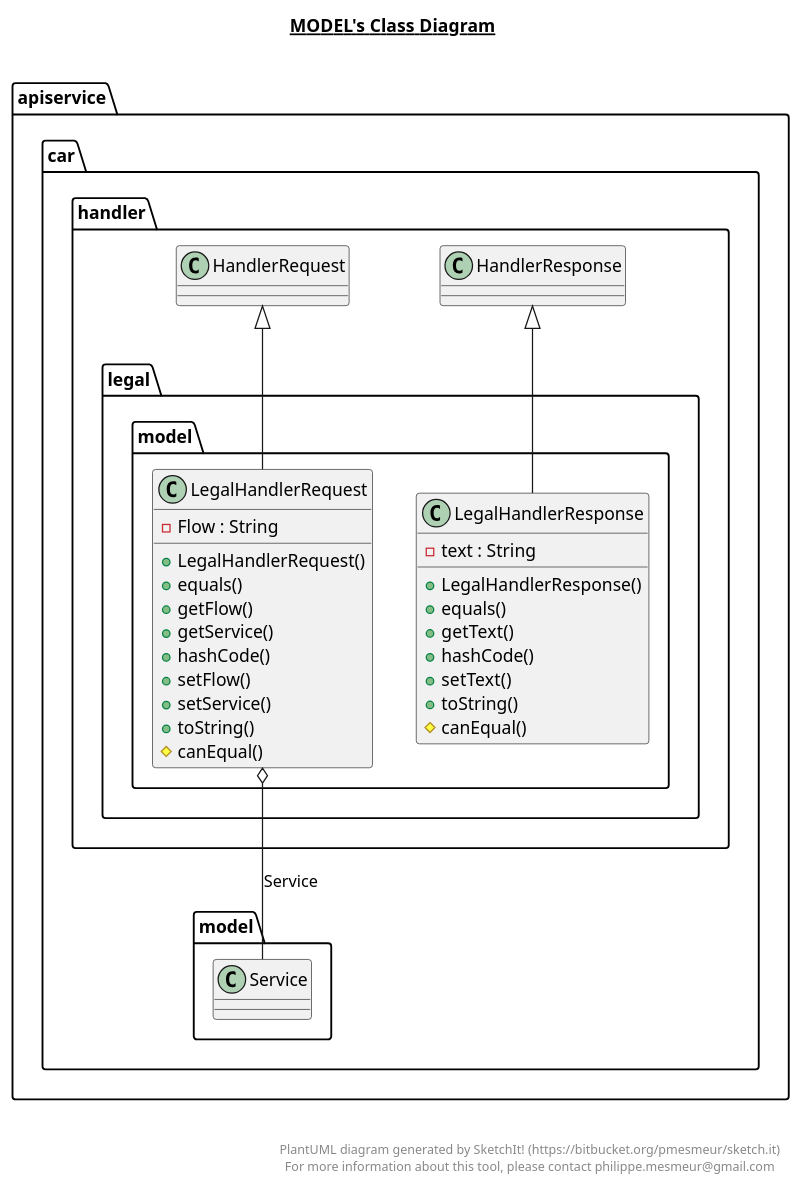
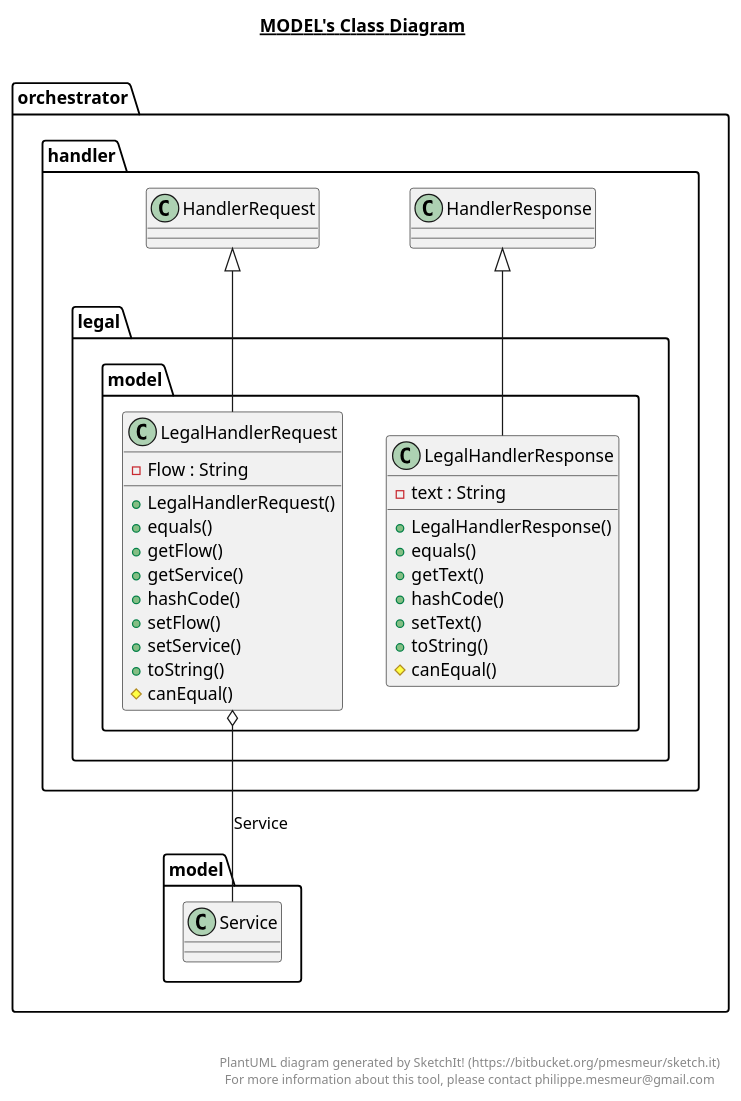
One commit to marcllort/Car_Rental_Monorepo changed the diagram in orchestrator/src/main/java/orchestrator/handler/legal/model/model.plantuml. Above: the diagram before and after it, drawn with PlantUML. The commit also changed 21 other files, not shown here.

Commit message:
Added diagrams

```diff
--- a/orchestrator/src/main/java/orchestrator/handler/legal/model/model.plantuml
+++ b/orchestrator/src/main/java/orchestrator/handler/legal/model/model.plantuml
@@ -1,59 +1,59 @@
 @startuml
 
 title __MODEL's Class Diagram__\n
 
-  namespace apiservice.car {
+  namespace orchestrator {
     namespace handler {
       namespace legal {
         namespace model {
-          class apiservice.car.handler.legal.model.LegalHandlerRequest {
+          class orchestrator.handler.legal.model.LegalHandlerRequest {
               - Flow : String
               + LegalHandlerRequest()
               + equals()
               + getFlow()
               + getService()
               + hashCode()
               + setFlow()
               + setService()
               + toString()
               # canEqual()
           }
         }
       }
     }
   }
   
 
-  namespace apiservice.car {
+  namespace orchestrator {
     namespace handler {
       namespace legal {
         namespace model {
-          class apiservice.car.handler.legal.model.LegalHandlerResponse {
+          class orchestrator.handler.legal.model.LegalHandlerResponse {
               - text : String
               + LegalHandlerResponse()
               + equals()
               + getText()
               + hashCode()
               + setText()
               + toString()
               # canEqual()
           }
         }
       }
     }
   }
   
 
-  apiservice.car.handler.legal.model.LegalHandlerRequest -up-|> apiservice.car.handler.HandlerRequest
-  apiservice.car.handler.legal.model.LegalHandlerRequest o-- apiservice.car.model.Service : Service
-  apiservice.car.handler.legal.model.LegalHandlerResponse -up-|> apiservice.car.handler.HandlerResponse
+  orchestrator.handler.legal.model.LegalHandlerRequest -up-|> orchestrator.handler.HandlerRequest
+  orchestrator.handler.legal.model.LegalHandlerRequest o-- orchestrator.model.Service : Service
+  orchestrator.handler.legal.model.LegalHandlerResponse -up-|> orchestrator.handler.HandlerResponse
 
 
 right footer
 
 
 PlantUML diagram generated by SketchIt! (https://bitbucket.org/pmesmeur/sketch.it)
 For more information about this tool, please contact philippe.mesmeur@gmail.com
 endfooter
 
 @enduml
```
